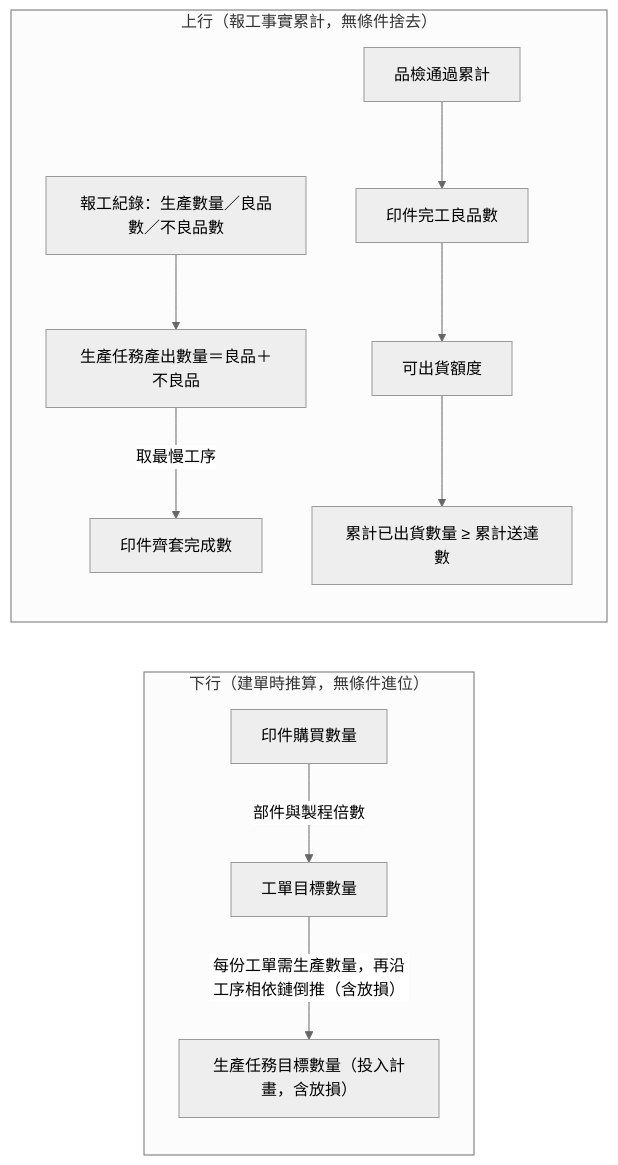
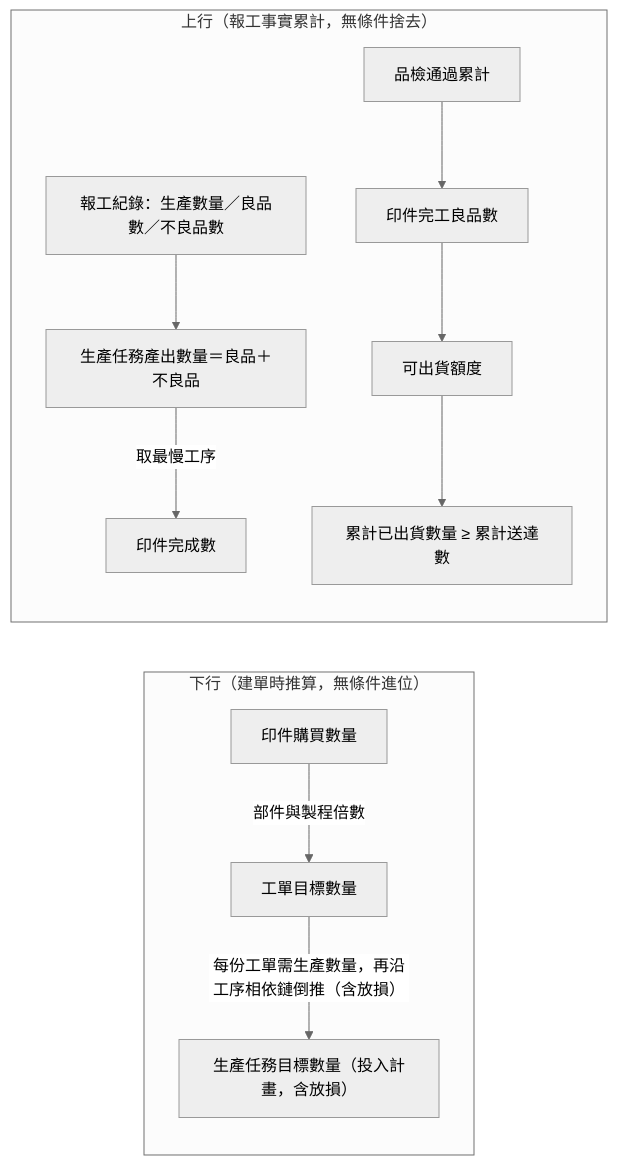
One commit to Kawato-Miles/erp-spec changed the third of 4 diagrams in memory/Sens_wiki/wiki/erp/05-entities/範例 - 資料結構總覽.md. Above: the diagram before and after it, drawn with Mermaid (neutral theme). The commit also changed other lines of this file and 45 other files, not shown here.

````diff
--- a/memory/Sens_wiki/wiki/erp/05-entities/範例 - 資料結構總覽.md
+++ b/memory/Sens_wiki/wiki/erp/05-entities/範例 - 資料結構總覽.md
@@ -99,14 +99,14 @@
 ```mermaid
 flowchart LR
     subgraph 下行規劃["下行（建單時推算，無條件進位）"]
         Q1["印件購買數量"] -->|"部件與製程倍數"| Q2["工單目標數量"]
         Q2 -->|"每份工單需生產數量，再沿工序相依鏈倒推（含放損）"| Q3["生產任務目標數量（投入計畫，含放損）"]
     end
     subgraph 上行收斂["上行（報工事實累計，無條件捨去）"]
         R1["報工紀錄：生產數量／良品數／不良品數"] --> R2["生產任務產出數量＝良品＋不良品"]
-        R2 -->|"取最慢工序"| R3["印件齊套完成數"]
+        R2 -->|"取最慢工序"| R3["印件完成數"]
         R4["品檢通過累計"] --> R5["印件完工良品數"]
         R5 --> R6["可出貨額度"]
         R6 --> R7["累計已出貨數量 ≥ 累計送達數"]
     end
 ```
````
